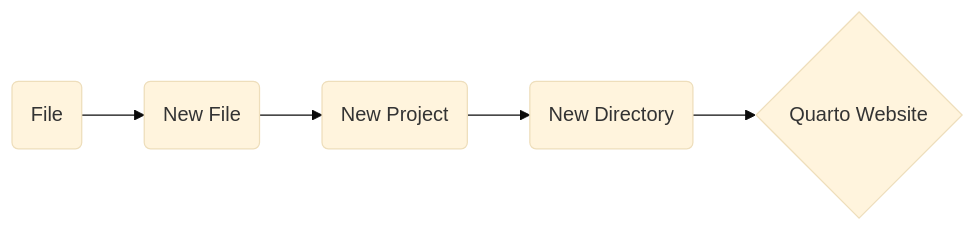
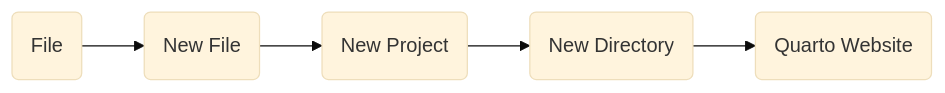
The second of 4 diagrams in introducao_quarto.qmd (francojra/meu_blog_com_quarto), drawn with Mermaid (base theme) before and after one commit. The commit also changed other lines of this file and 7 other files, not shown here.

````diff
--- a/introducao_quarto.qmd
+++ b/introducao_quarto.qmd
@@ -72,7 +177,8 @@
 ```{mermaid}
 flowchart LR
+
   A(File) --> B(New File)
   B --> C(New Project)
   C --> D(New Directory)
-  D --> E{Quarto Website}
+  D --> F(Quarto Website)
 ```
````
